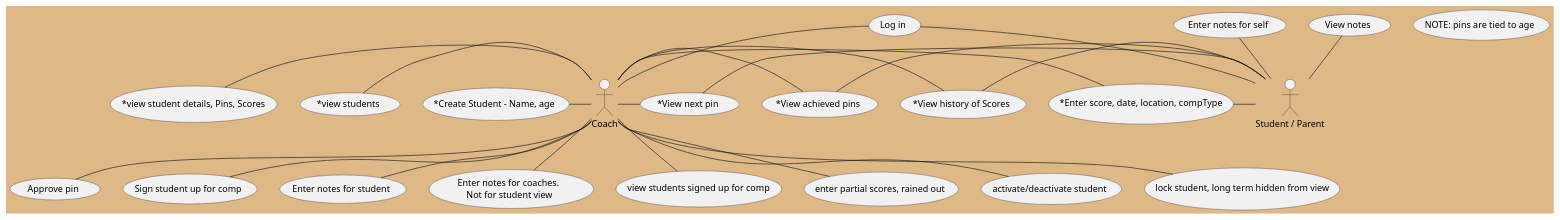
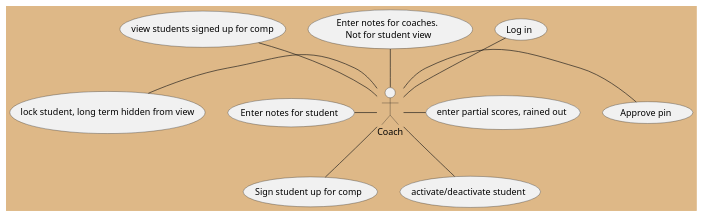
Before and after one commit to sargentstudley/Fun_Things: the third of 4 diagrams in documentation/UseCases.md, drawn with PlantUML. The commit also changed other lines of this file, not shown here.

Commit message:
Split and update Use Cases

````diff
--- a/documentation/UseCases.md
+++ b/documentation/UseCases.md
@@ -3,45 +40,14 @@
 ```plantuml
 skinparam backgroundColor BurlyWood
 
-:Student / Parent: as s
 :Coach: as c
-
-(*Enter score, date, location, compType) as uc1
-(*View next pin) as uc2
-(*View achieved pins) as uc3
-(*View history of Scores) as uc4
-(Log in) as uc5
-
-c -right- uc1
-s -left- uc1
-
-c -right- uc2
-s -left- uc2
-
-c -right- uc3
-s -left- uc3
-
-c -right- uc4
-s -left- uc4
-
-c -up- uc5
-s -up- uc5
-
-c -down- (Approve pin)
+c -up- (Log in)
+c -right- (Approve pin)
 c -down- (Sign student up for comp)
-c -down- (Enter notes for student)
-c -down- (Enter notes for coaches. \nNot for student view)
-c -left- (*Create Student - Name, age)
-c -left- (*view students)
-c -left- (*view student details, Pins, Scores)
-c -down- (view students signed up for comp)
-c -down- (enter partial scores, rained out)
+c -left- (Enter notes for student)
+c -up- (Enter notes for coaches. \nNot for student view)
+c -up- (view students signed up for comp)
+c -right- (enter partial scores, rained out)
 c -down- (activate/deactivate student)
-c -down- (lock student, long term hidden from view)
-
-s -up- (View notes)
-s -up- (Enter notes for self)
-
-rectangle (NOTE: pins are tied to age)
-
+c -left- (lock student, long term hidden from view)
 ```
````
